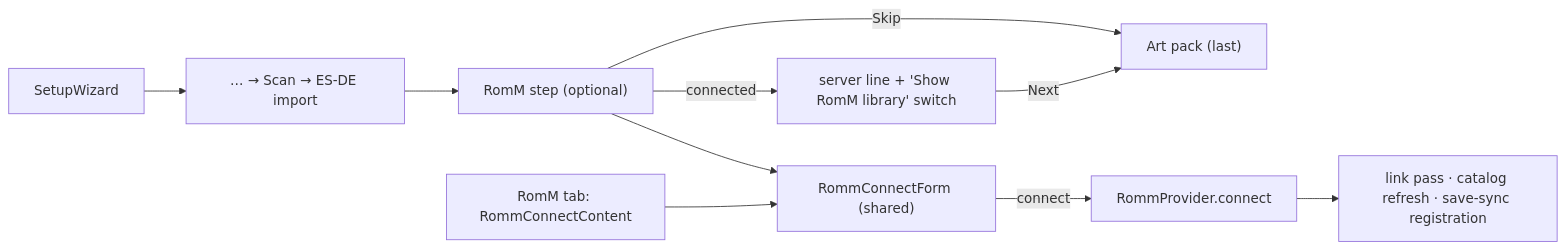
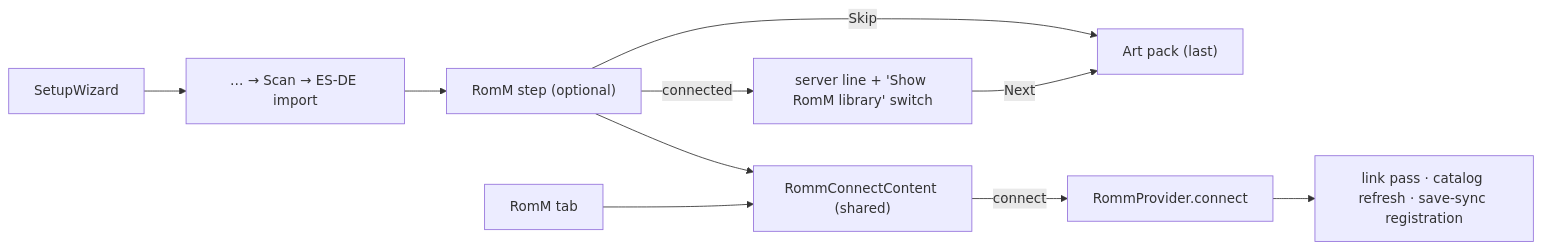
Before and after one commit to jonstump/neostation-frontend: the diagram in sdd/adrs/ADR-0021-connect-to-romm-during-first-run-setup.md, drawn with Mermaid. The commit also changed other lines of this file and 2 other files, not shown here.

Commit message:
docs(sdd): SPEC-0020 follows the wizard's A and B model and one shared widget
AI-Assisted: Claude:Fable-5.1

````diff
--- a/sdd/adrs/ADR-0021-connect-to-romm-during-first-run-setup.md
+++ b/sdd/adrs/ADR-0021-connect-to-romm-during-first-run-setup.md
@@ -87,12 +87,12 @@
 ```mermaid
 flowchart LR
     W["SetupWizard"] --> S1["… → Scan → ES-DE import"]
     S1 --> R["RomM step (optional)"]
     R -->|Skip| A["Art pack (last)"]
-    R --> F["RommConnectForm (shared)"]
-    T["RomM tab: RommConnectContent"] --> F
+    R --> F["RommConnectContent (shared)"]
+    T["RomM tab"] --> F
     F -->|connect| P["RommProvider.connect"]
     P --> L["link pass · catalog refresh · save-sync registration"]
     R -->|connected| C["server line + 'Show RomM library' switch"]
     C -->|Next| A
 ```
````
